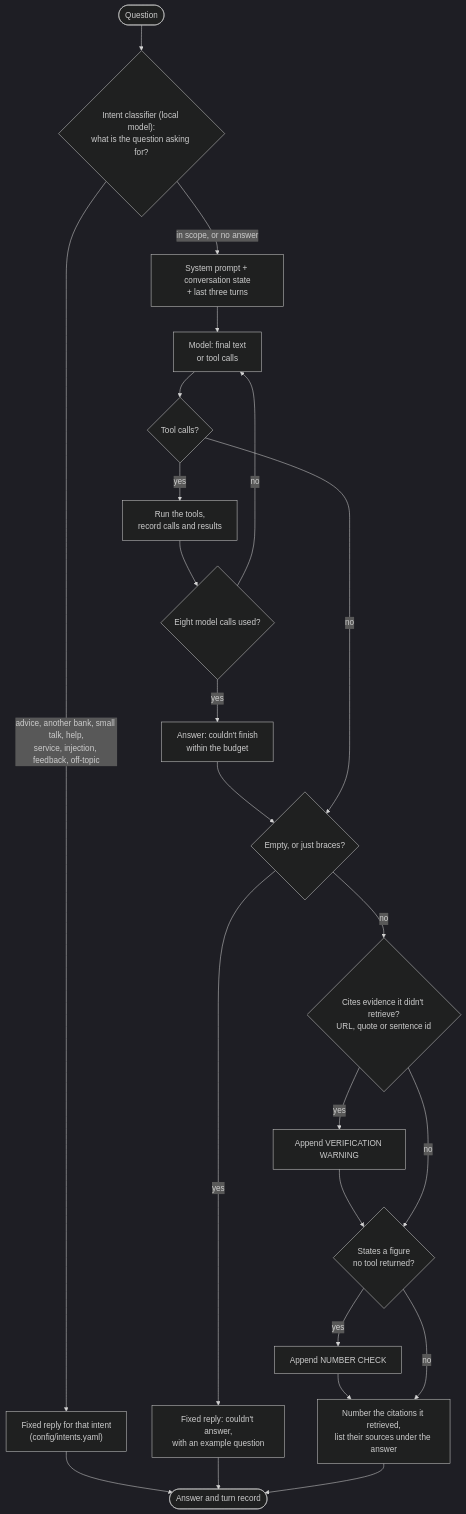
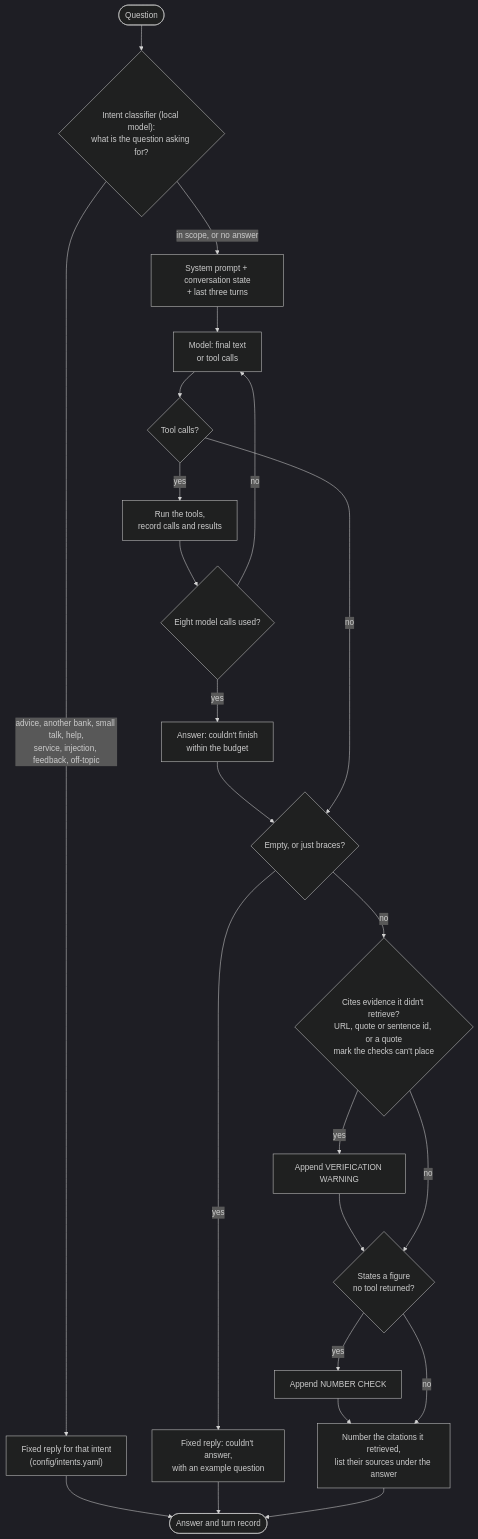
The diagram in docs/diagrams/src/07-chatbot-turn.mmd (Gavingyh/plp-project), drawn with Mermaid (dark theme) before and after one commit. The commit also changed 24 other files, not shown here.

First line of the commit message:
Chatbot: check a count before a comma, bracket or "for"; keep words in quote marks and glued words

```diff
--- a/docs/diagrams/src/07-chatbot-turn.mmd
+++ b/docs/diagrams/src/07-chatbot-turn.mmd
@@ -1,35 +1,35 @@
 flowchart TB
   accTitle: One chatbot turn
-  accDescr: A local model sorts the question first; every intent except in-scope gets a fixed reply without the chatbot model, and a question the classifier can't sort goes on to the model. Otherwise the model calls tools in a loop of at most eight calls; its answer then passes an empty-answer check, a citation check and a figure check, and the citations it retrieved are numbered with their sources listed, before it is shown.
+  accDescr: A local model sorts the question first; every intent except in-scope gets a fixed reply without the chatbot model, and a question the classifier can't sort goes on to the model. Otherwise the model calls tools in a loop of at most eight calls; its answer then passes an empty-answer check, a citation check (a quote mark the checks can't place counts as unretrieved evidence) and a figure check, and the citations it retrieved are numbered with their sources listed, before it is shown.
 
   q(["Question"])
   cls{"Intent classifier (local model):<br/>what is the question asking for?"}
   fixR["Fixed reply for that intent<br/>(config/intents.yaml)"]
   ctx["System prompt + conversation state<br/>+ last three turns"]
   llm["Model: final text<br/>or tool calls"]
   tc{"Tool calls?"}
   tools["Run the tools,<br/>record calls and results"]
   cap{"Eight model calls used?"}
   budget["Answer: couldn't finish<br/>within the budget"]
   emp{"Empty, or just braces?"}
   empR["Fixed reply: couldn't answer,<br/>with an example question"]
-  cite{"Cites evidence it didn't retrieve?<br/>URL, quote or sentence id"}
+  cite{"Cites evidence it didn't retrieve?<br/>URL, quote or sentence id, or a quote<br/>mark the checks can't place"}
   w1["Append VERIFICATION WARNING"]
   num{"States a figure<br/>no tool returned?"}
   w2["Append NUMBER CHECK"]
   refs["Number the citations it retrieved,<br/>list their sources under the answer"]
   out(["Answer and turn record"])
 
   q --> cls
   cls -- "advice, another bank, small talk, help,<br/>service, injection, feedback, off-topic" --> fixR --> out
   cls -- "in scope, or no answer" --> ctx --> llm --> tc
   tc -- yes --> tools --> cap
   cap -- no --> llm
   cap -- yes --> budget --> emp
   tc -- no --> emp
   emp -- yes --> empR --> out
   emp -- no --> cite
   cite -- yes --> w1 --> num
   cite -- no --> num
   num -- yes --> w2 --> refs
   num -- no --> refs --> out
```
